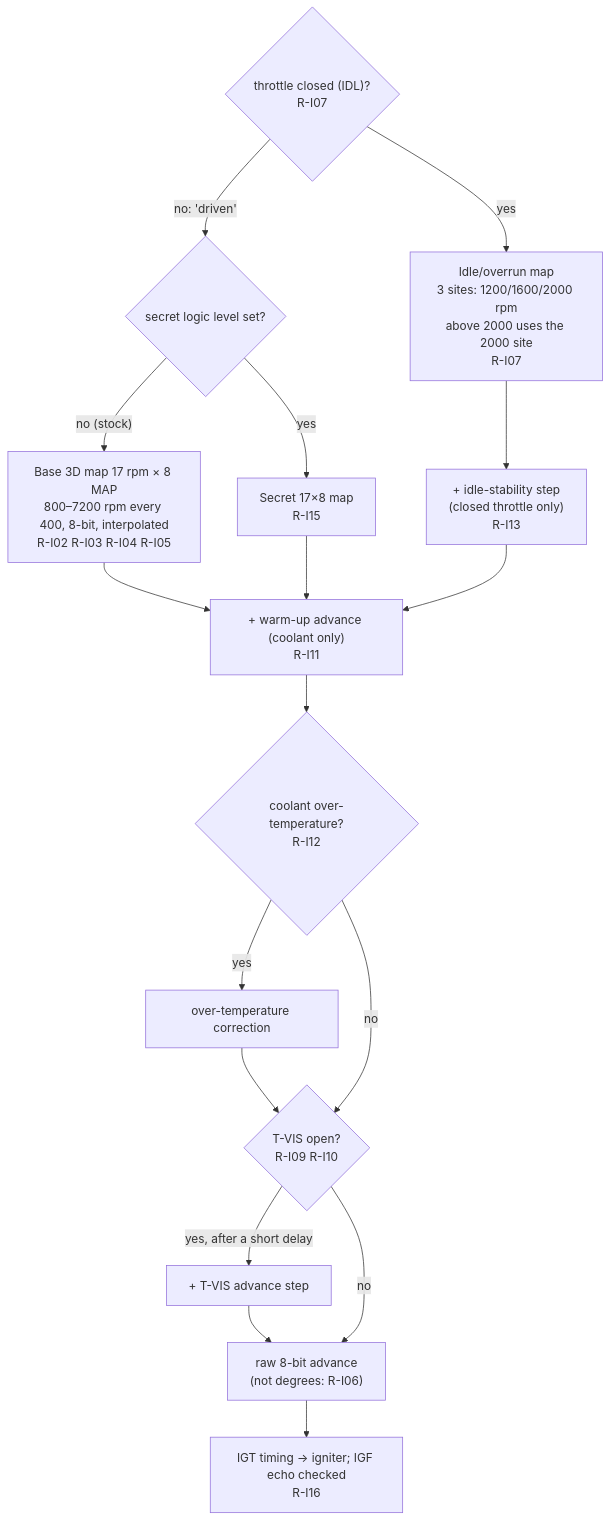
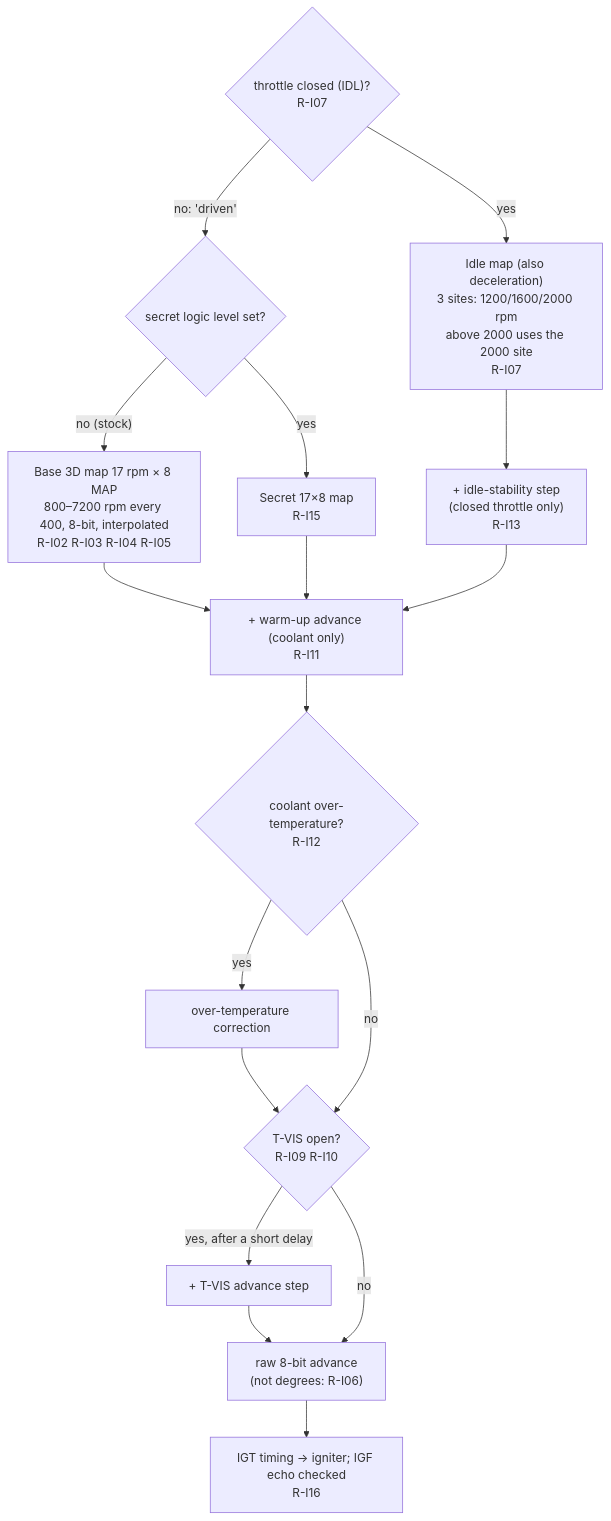
The third of 7 diagrams in docs/ross/diagrams.md (kurt-culley/Toyota-PCM-hacking), drawn with Mermaid before and after one commit. The commit also changed other lines of this file and 153 other files, not shown here.

````diff
--- a/docs/ross/diagrams.md
+++ b/docs/ross/diagrams.md
@@ -55,16 +56,16 @@
 ```mermaid
 flowchart TD
   IDL{"throttle closed (IDL)?<br/>R-I07"} -->|"no: 'driven'"| SECI{"secret logic level set?"}
   SECI -->|"no (stock)"| BASE["Base 3D map 17 rpm × 8 MAP<br/>800–7200 rpm every 400, 8-bit, interpolated<br/>R-I02 R-I03 R-I04 R-I05"]
   SECI -->|yes| SECM["Secret 17×8 map<br/>R-I15"]
-  IDL -->|yes| IDLE["Idle/overrun map<br/>3 sites: 1200/1600/2000 rpm<br/>above 2000 uses the 2000 site<br/>R-I07"]
+  IDL -->|yes| IDLE["Idle map (also deceleration)<br/>3 sites: 1200/1600/2000 rpm<br/>above 2000 uses the 2000 site<br/>R-I07"]
   BASE --> WU
   SECM --> WU
   IDLE --> STAB["+ idle-stability step<br/>(closed throttle only)<br/>R-I13"] --> WU
   WU["+ warm-up advance (coolant only)<br/>R-I11"] --> HOT{"coolant over-temperature?<br/>R-I12"}
   HOT -->|yes| HOTM["over-temperature correction"] --> TV
   HOT -->|no| TV{"T-VIS open?<br/>R-I09 R-I10"}
   TV -->|"yes, after a short delay"| TVA["+ T-VIS advance step"] --> RAW
   TV -->|no| RAW["raw 8-bit advance<br/>(not degrees: R-I06)"]
   RAW --> IGT["IGT timing → igniter; IGF echo checked<br/>R-I16"]
 ```
````
